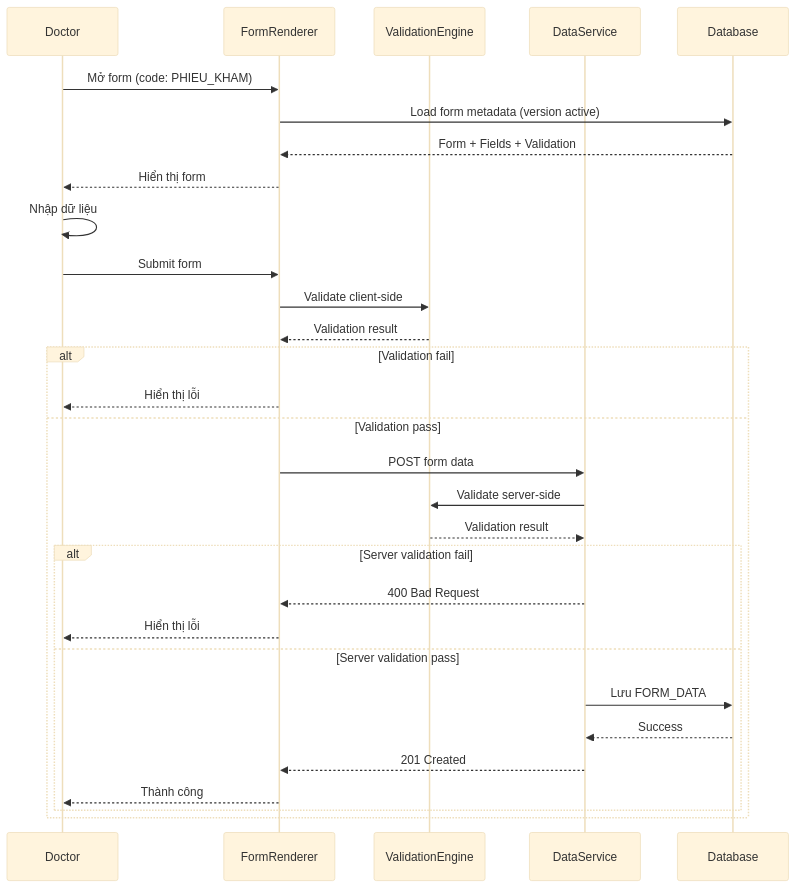
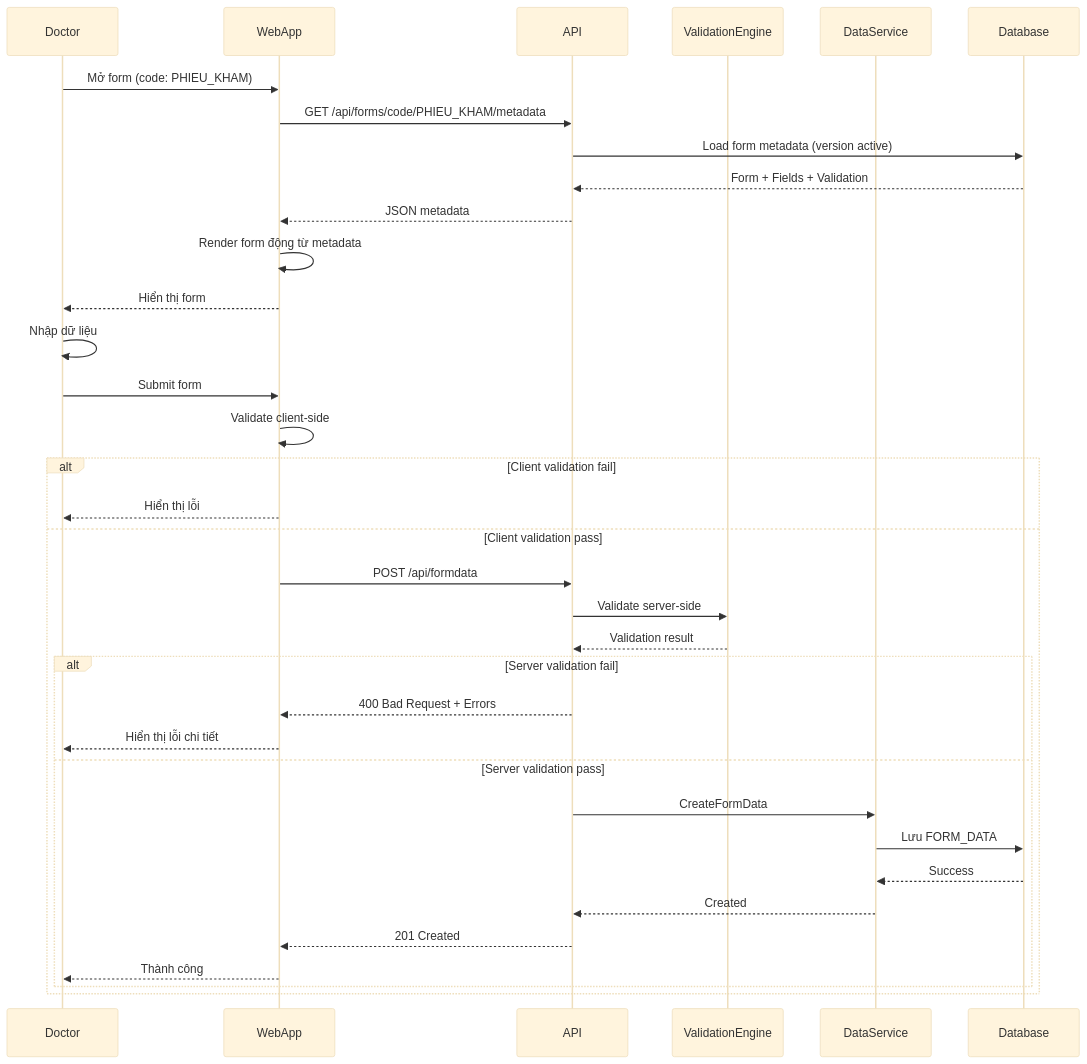
Before and after one commit to vudu151/DynamicForm: the third of 9 diagrams in DynamicForm/docs/04-BUSINESS-ARCHITECTURE.md, drawn with Mermaid (base theme). The commit also changed other lines of this file and 87 other files, not shown here.

````diff
--- a/DynamicForm/docs/04-BUSINESS-ARCHITECTURE.md
+++ b/DynamicForm/docs/04-BUSINESS-ARCHITECTURE.md
@@ -94,37 +148,41 @@
 ```mermaid
 sequenceDiagram
     participant Doctor
-    participant FormRenderer
+    participant WebApp
+    participant API
     participant ValidationEngine
     participant DataService
     participant Database
     
-    Doctor->>FormRenderer: Mở form (code: PHIEU_KHAM)
-    FormRenderer->>Database: Load form metadata (version active)
-    Database-->>FormRenderer: Form + Fields + Validation
-    FormRenderer-->>Doctor: Hiển thị form
+    Doctor->>WebApp: Mở form (code: PHIEU_KHAM)
+    WebApp->>API: GET /api/forms/code/PHIEU_KHAM/metadata
+    API->>Database: Load form metadata (version active)
+    Database-->>API: Form + Fields + Validation
+    API-->>WebApp: JSON metadata
+    WebApp->>WebApp: Render form động từ metadata
+    WebApp-->>Doctor: Hiển thị form
     
     Doctor->>Doctor: Nhập dữ liệu
-    Doctor->>FormRenderer: Submit form
+    Doctor->>WebApp: Submit form
     
-    FormRenderer->>ValidationEngine: Validate client-side
-    ValidationEngine-->>FormRenderer: Validation result
-    
-    alt Validation fail
-        FormRenderer-->>Doctor: Hiển thị lỗi
-    else Validation pass
-        FormRenderer->>DataService: POST form data
-        DataService->>ValidationEngine: Validate server-side
-        ValidationEngine-->>DataService: Validation result
+    WebApp->>WebApp: Validate client-side
+    alt Client validation fail
+        WebApp-->>Doctor: Hiển thị lỗi
+    else Client validation pass
+        WebApp->>API: POST /api/formdata
+        API->>ValidationEngine: Validate server-side
+        ValidationEngine-->>API: Validation result
         
         alt Server validation fail
-            DataService-->>FormRenderer: 400 Bad Request
-            FormRenderer-->>Doctor: Hiển thị lỗi
+            API-->>WebApp: 400 Bad Request + Errors
+            WebApp-->>Doctor: Hiển thị lỗi chi tiết
         else Server validation pass
+            API->>DataService: CreateFormData
             DataService->>Database: Lưu FORM_DATA
             Database-->>DataService: Success
-            DataService-->>FormRenderer: 201 Created
-            FormRenderer-->>Doctor: Thành công
+            DataService-->>API: Created
+            API-->>WebApp: 201 Created
+            WebApp-->>Doctor: Thành công
         end
     end
 ```
````
